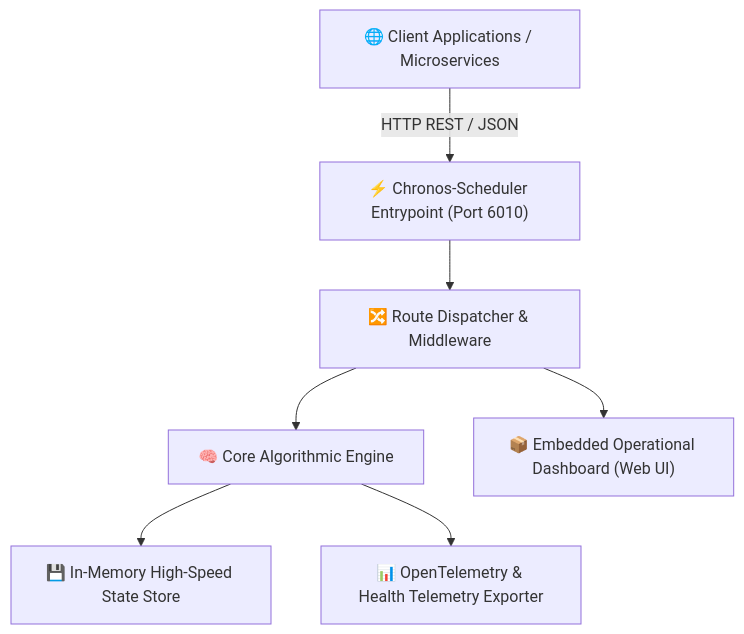
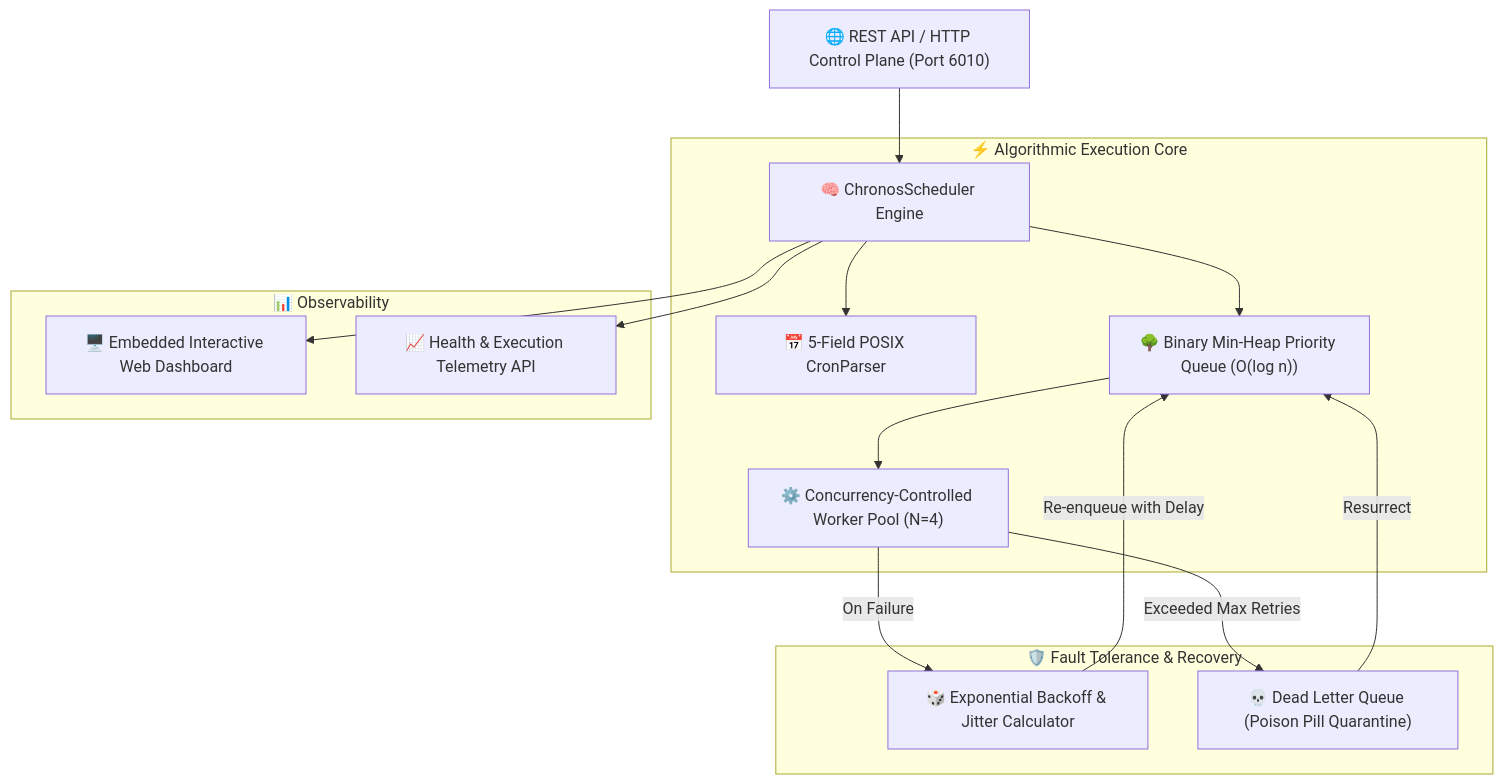
One commit to alinurettin/Chronos-Scheduler changed the diagram in README.md. Above: the diagram before and after it, drawn with Mermaid. The commit also changed other lines of this file and 9 other files, not shown here.

Commit message:
feat(core): upgrade to v2.0.0 with Min-Heap queue, 5-field cron parser, exponential backoff, DLQ, and 63 non-mocked tests

````diff
--- a/README.md
+++ b/README.md
@@ -22,9 +20,22 @@
 ```mermaid
 flowchart TD
-    Client["🌐 Client Applications / Microservices"] -->|HTTP REST / JSON| Gateway["⚡ Chronos-Scheduler Entrypoint (Port 6010)"]
-    Gateway --> Router["🔀 Route Dispatcher & Middleware"]
-    Router --> Engine["🧠 Core Algorithmic Engine"]
-    Engine --> Storage["💾 In-Memory High-Speed State Store"]
-    Router --> Static["📦 Embedded Operational Dashboard (Web UI)"]
-    Engine --> Metrics["📊 OpenTelemetry & Health Telemetry Exporter"]
+    API["🌐 REST API / HTTP Control Plane (Port 6010)"] --> Scheduler["🧠 ChronosScheduler Engine"]
+    
+    subgraph Core["⚡ Algorithmic Execution Core"]
+        Scheduler --> Cron["📅 5-Field POSIX CronParser"]
+        Scheduler --> Heap["🌳 Binary Min-Heap Priority Queue (O(log n))"]
+        Heap --> WorkerPool["⚙️ Concurrency-Controlled Worker Pool (N=4)"]
+    end
+
+    subgraph Resiliency["🛡️ Fault Tolerance & Recovery"]
+        WorkerPool -->|On Failure| Backoff["🎲 Exponential Backoff & Jitter Calculator"]
+        Backoff -->|Re-enqueue with Delay| Heap
+        WorkerPool -->|Exceeded Max Retries| DLQ["💀 Dead Letter Queue (Poison Pill Quarantine)"]
+        DLQ -->|Resurrect| Heap
+    end
+
+    subgraph Monitoring["📊 Observability"]
+        Scheduler --> Dashboard["🖥️ Embedded Interactive Web Dashboard"]
+        Scheduler --> Telemetry["📈 Health & Execution Telemetry API"]
+    end
 ```
````
